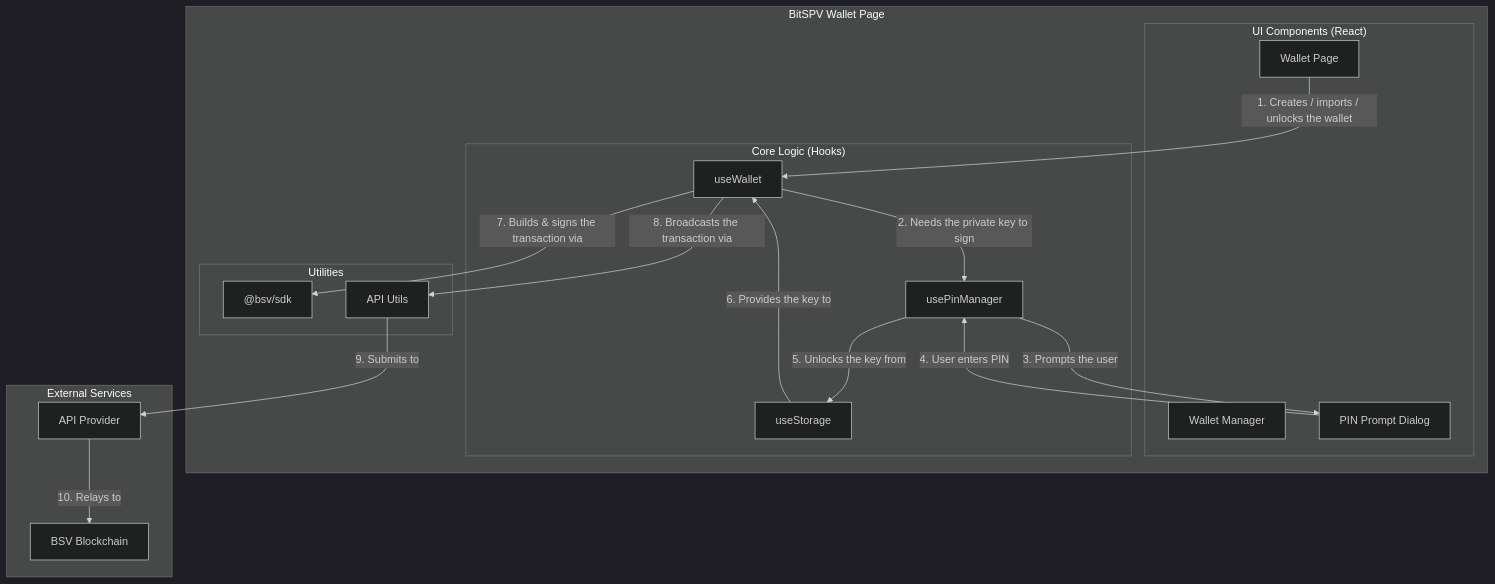
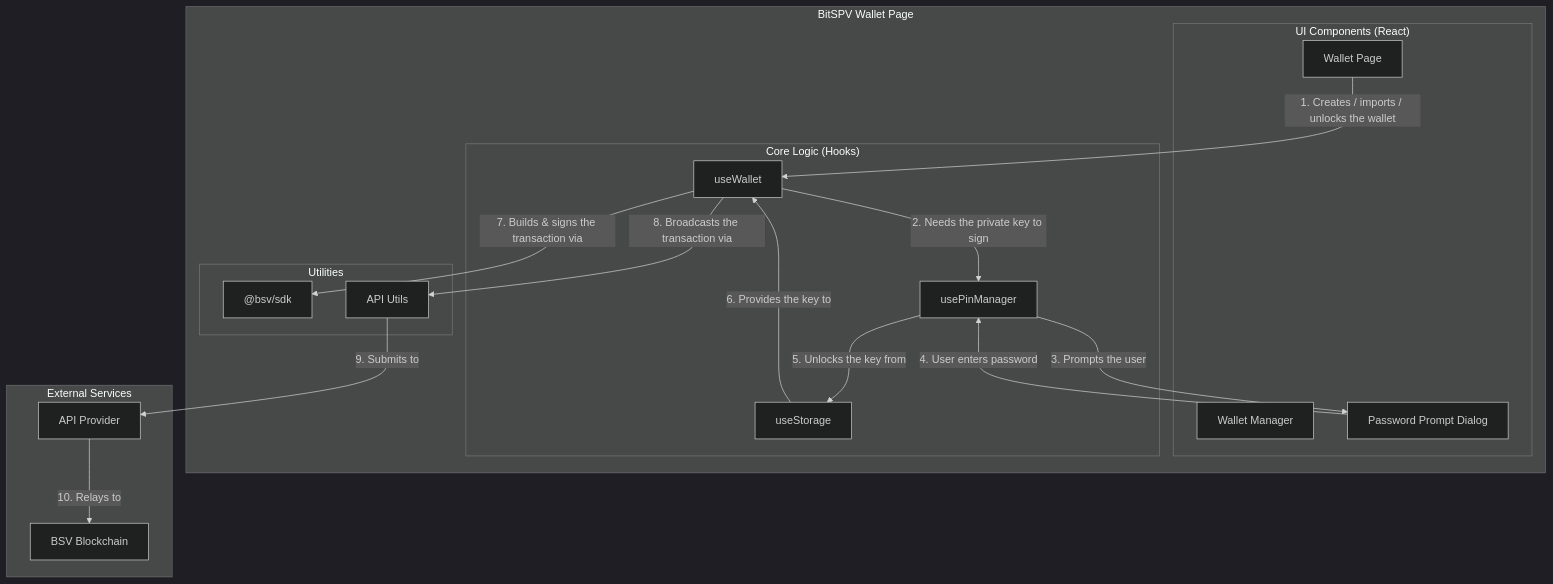
The diagram in README.md (cyio/bitspv-pay), drawn with Mermaid (dark theme) before and after one commit. The commit also changed other lines of this file and 5 other files, not shown here.

First line of the commit message:
chore(copy): call it a password, not a PIN

````diff
--- a/README.md
+++ b/README.md
@@ -66,37 +66,37 @@
 ```mermaid
 graph TD
     subgraph "BitSPV Wallet Page"
         subgraph "UI Components (React)"
             B[Wallet Page]
             D[Wallet Manager]
-            P[PIN Prompt Dialog]
+            P[Password Prompt Dialog]
         end
 
         subgraph "Core Logic (Hooks)"
             E[useWallet]
             F[usePinManager]
             G[useStorage]
         end
 
         subgraph "Utilities"
             H["@bsv/sdk"]
             I[API Utils]
         end
     end
 
     subgraph "External Services"
         J[BSV Blockchain]
         K[API Provider]
     end
 
     B -- "1. Creates / imports / unlocks the wallet" --> E
     E -- "2. Needs the private key to sign" --> F
     F -- "3. Prompts the user" --> P
-    P -- "4. User enters PIN" --> F
+    P -- "4. User enters password" --> F
     F -- "5. Unlocks the key from" --> G
     G -- "6. Provides the key to" --> E
     E -- "7. Builds & signs the transaction via" --> H
     E -- "8. Broadcasts the transaction via" --> I
     I -- "9. Submits to" --> K
     K -- "10. Relays to" --> J
 ```
````
